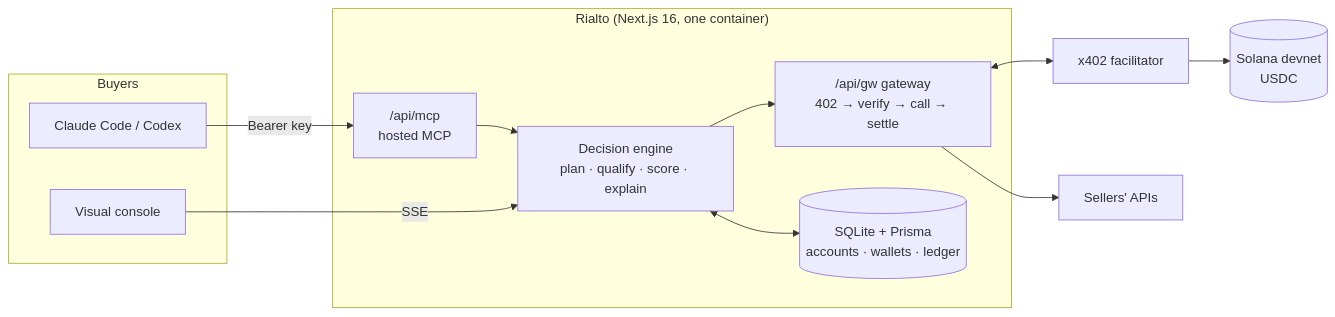
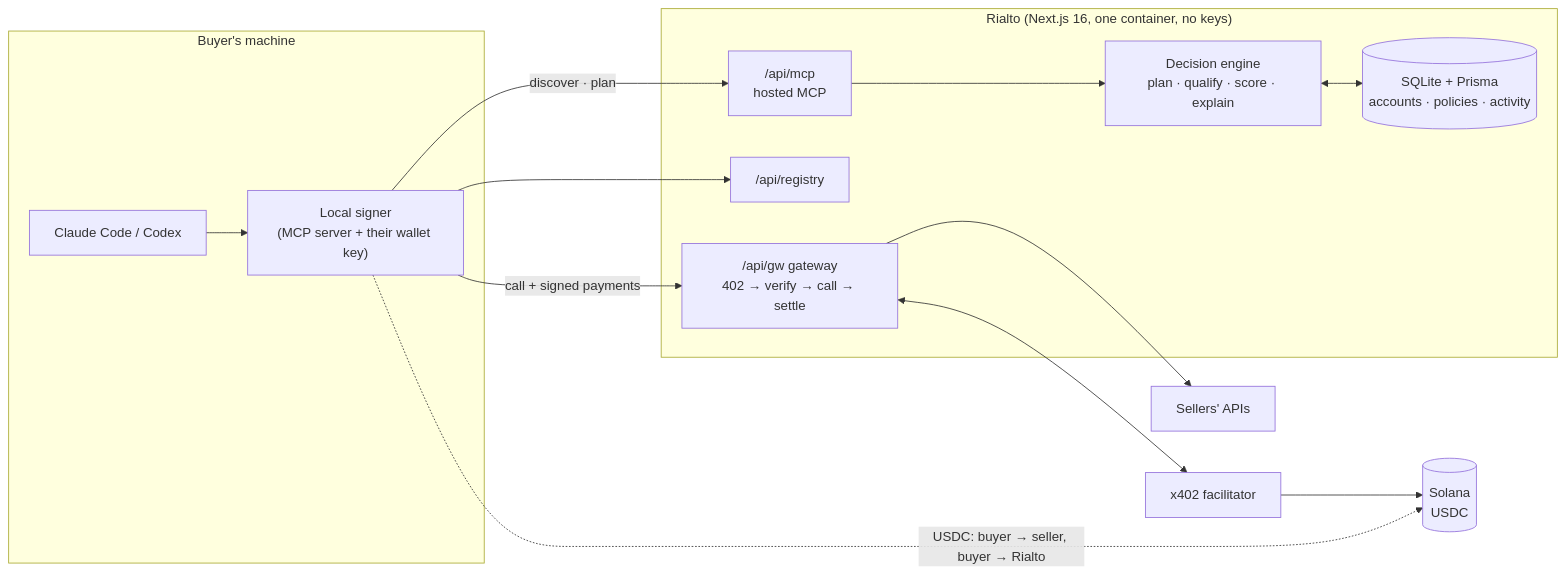
Before and after one commit to chicogborba/rialto: the second of 2 diagrams in README.md, drawn with Mermaid. The commit also changed other lines of this file and 73 other files, not shown here.

````diff
--- a/README.md
+++ b/README.md
@@ -250,23 +273,26 @@
 ```mermaid
 flowchart LR
-    subgraph Buyers
+    subgraph Buyer["Buyer's machine"]
       CC[Claude Code / Codex]
-      UI[Visual console]
+      SIG["Local signer<br/>(MCP server + their wallet key)"]
     end
-    subgraph Rialto["Rialto (Next.js 16, one container)"]
+    subgraph Rialto["Rialto (Next.js 16, one container, no keys)"]
       MCP["/api/mcp<br/>hosted MCP"]
+      REG["/api/registry"]
       ENG["Decision engine<br/>plan · qualify · score · explain"]
       GW["/api/gw gateway<br/>402 → verify → call → settle"]
-      DB[("SQLite + Prisma<br/>accounts · wallets · ledger")]
+      DB[("SQLite + Prisma<br/>accounts · policies · activity")]
     end
     FAC[x402 facilitator]
-    SOL[(Solana devnet<br/>USDC)]
+    SOL[(Solana<br/>USDC)]
     API[Sellers' APIs]
 
-    CC -->|Bearer key| MCP --> ENG
-    UI -->|SSE| ENG
-    ENG --> GW
+    CC --> SIG
+    SIG -->|discover · plan| MCP --> ENG
+    SIG --> REG
+    SIG -->|call + signed payments| GW
     ENG <--> DB
     GW --> API
     GW <--> FAC --> SOL
+    SIG -. "USDC: buyer → seller, buyer → Rialto" .-> SOL
 ```
````
